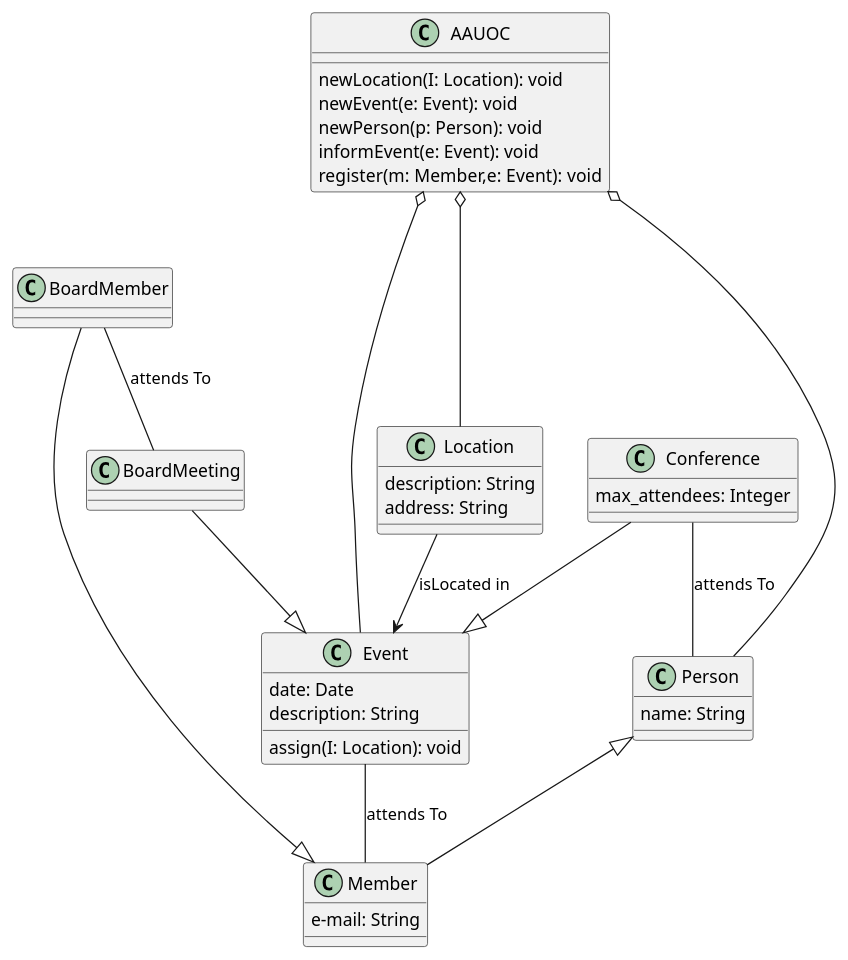
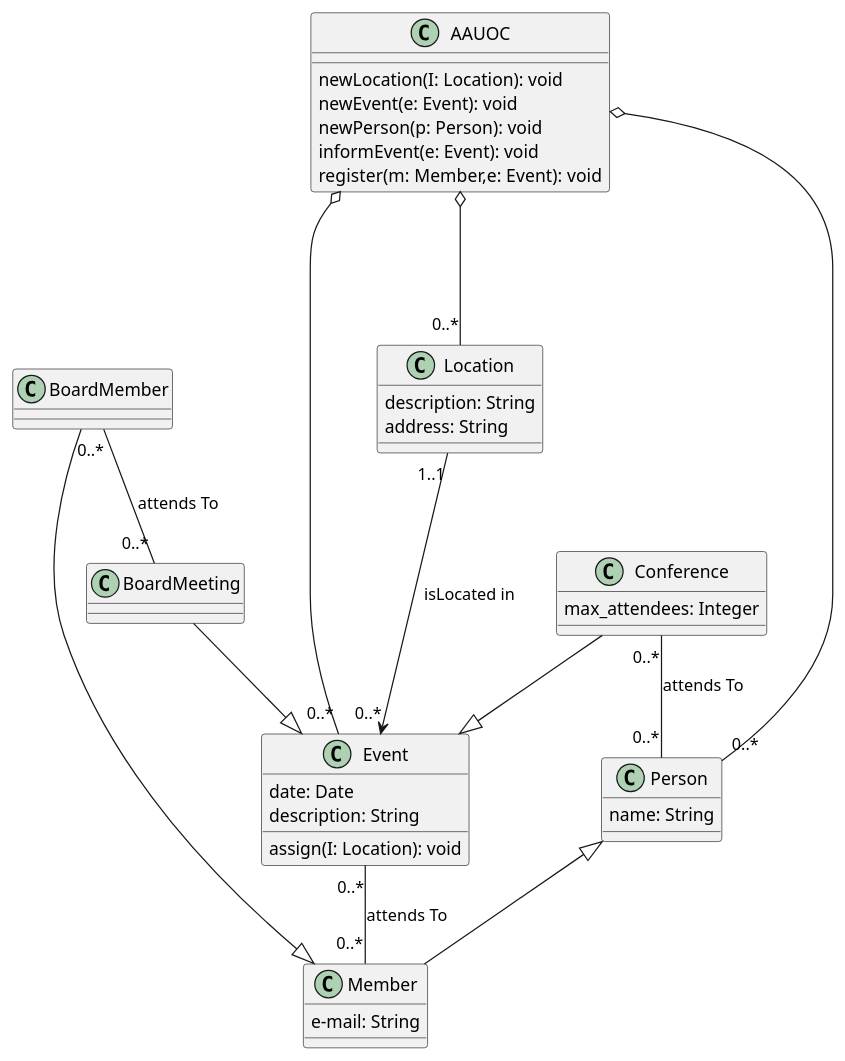
Before and after one commit to AlbertBeto/UMLClasesAlbertPB: the diagram in src/UMLClasesUOC.puml, drawn with PlantUML.

Commit message:
Cardinalidades

```diff
--- a/src/UMLClasesUOC.puml
+++ b/src/UMLClasesUOC.puml
@@ -1,52 +1,52 @@
 @startuml
 'https://plantuml.com/class-diagram
 
 class Member {
 e-mail: String
 }
 class BoardMember {
 }
 class Event {
 date: Date
 description: String
 assign(I: Location): void
 }
 class Conference {
 max_attendees: Integer
 }
 class BoardMeeting {
 }
 class Location {
 description: String
 address: String
 }
 class Person {
 name: String
 }
 class AAUOC {
 newLocation(I: Location): void
 newEvent(e: Event): void
 newPerson(p: Person): void
 informEvent(e: Event): void
 register(m: Member,e: Event): void
 }
 
-AAUOC o--- Location
-AAUOC o--- Event
-AAUOC o--- Person
+AAUOC o--- "0..*" Location
+AAUOC o--- "0..*" Event
+AAUOC o--- "0..*" Person
 
 Person <|-- Member
 BoardMember -|> Member
 
 BoardMeeting --|> Event
 
-Event -- Member : attends To
+Event "0..*" -- "0..*" Member : attends To
 
-BoardMember -- BoardMeeting : attends To
+BoardMember "0..*" -- "0..*" BoardMeeting : attends To
 
-Location --> Event : isLocated in
+Location "1..1" ---> "0..*" Event : isLocated in
 
 Conference --|> Event
-Conference -- Person : attends To
+Conference "0..*" -- "0..*" Person : attends To
 
 @enduml
```
